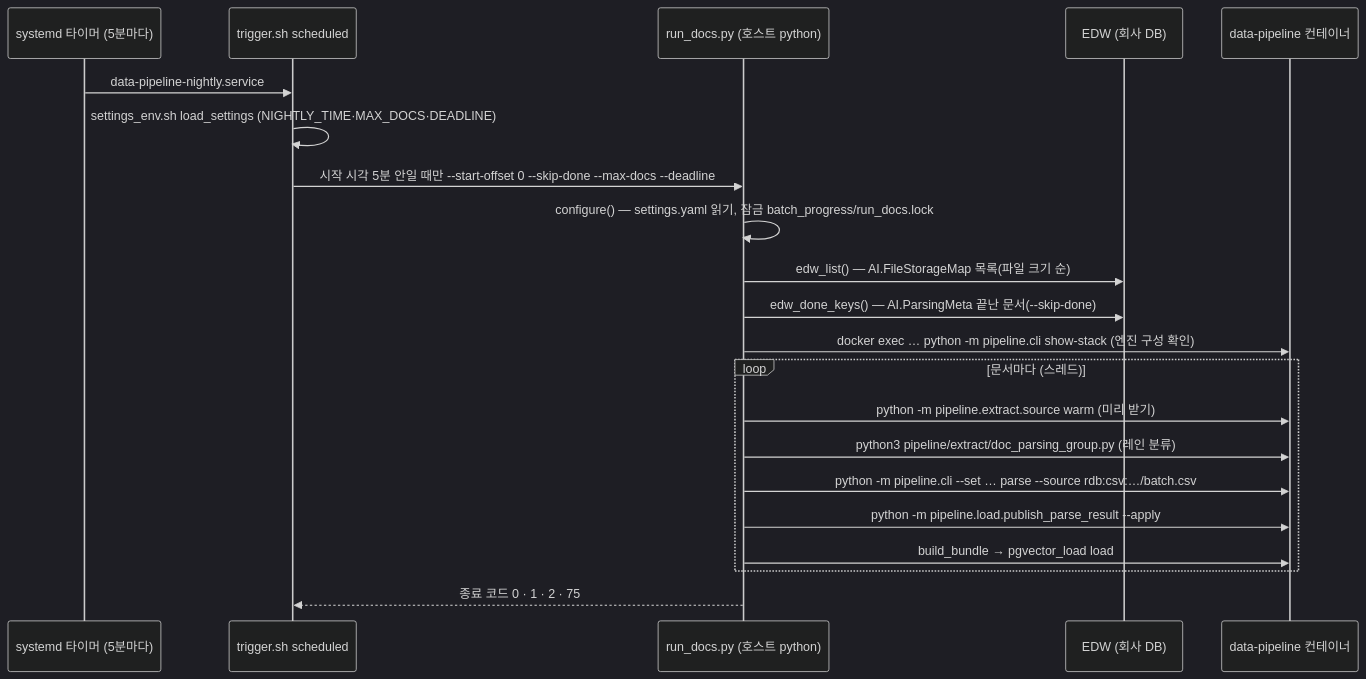
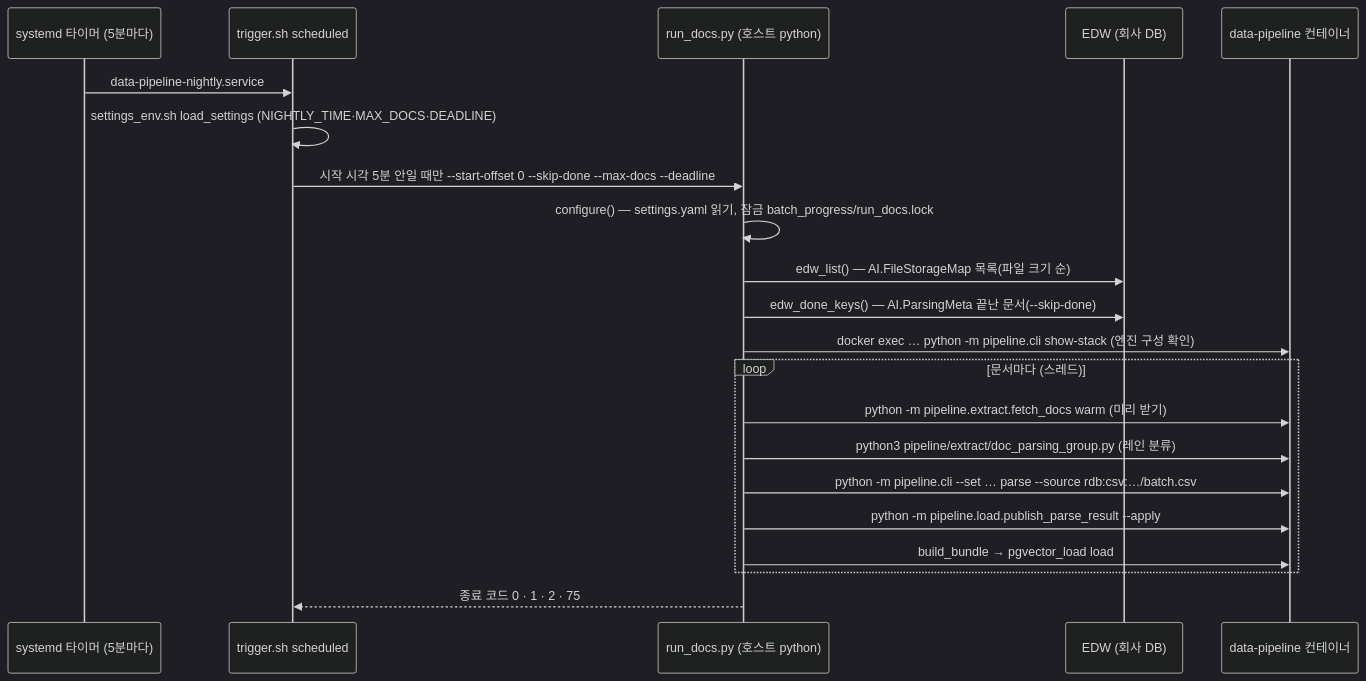
One commit to gigasamba/sbl_data_parsing changed the second of 11 diagrams in docs/architecture/parse_flow.md. Above: the diagram before and after it, drawn with Mermaid (dark theme). The commit also changed other lines of this file and 22 other files, not shown here.

First line of the commit message:
refactor: rename extract/source.py to fetch_docs.py (git mv + references only)

````diff
--- a/docs/architecture/parse_flow.md
+++ b/docs/architecture/parse_flow.md
@@ -33,23 +33,23 @@
 ```mermaid
 sequenceDiagram
     participant T as systemd 타이머 (5분마다)
     participant S as trigger.sh scheduled
     participant R as run_docs.py (호스트 python)
     participant E as EDW (회사 DB)
     participant C as data-pipeline 컨테이너
     T->>S: data-pipeline-nightly.service
     S->>S: settings_env.sh load_settings (NIGHTLY_TIME·MAX_DOCS·DEADLINE)
     S->>R: 시작 시각 5분 안일 때만 --start-offset 0 --skip-done --max-docs --deadline
     R->>R: configure() — settings.yaml 읽기, 잠금 batch_progress/run_docs.lock
     R->>E: edw_list() — AI.FileStorageMap 목록(파일 크기 순)
     R->>E: edw_done_keys() — AI.ParsingMeta 끝난 문서(--skip-done)
     R->>C: docker exec … python -m pipeline.cli show-stack (엔진 구성 확인)
     loop 문서마다 (스레드)
-        R->>C: python -m pipeline.extract.source warm (미리 받기)
+        R->>C: python -m pipeline.extract.fetch_docs warm (미리 받기)
         R->>C: python3 pipeline/extract/doc_parsing_group.py (레인 분류)
         R->>C: python -m pipeline.cli --set … parse --source rdb:csv:…/batch.csv
         R->>C: python -m pipeline.load.publish_parse_result --apply
         R->>C: build_bundle → pgvector_load load
     end
     R-->>S: 종료 코드 0 · 1 · 2 · 75
 ```
````
